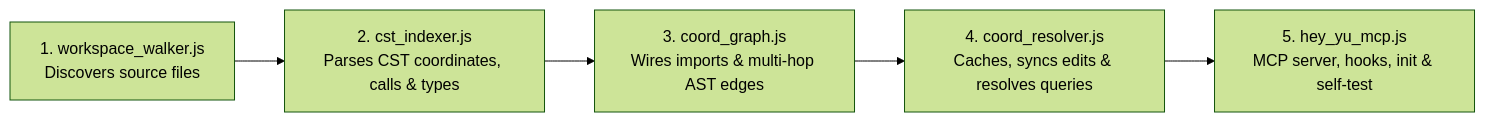
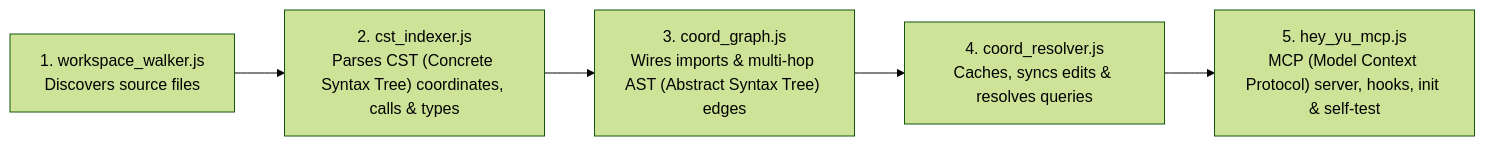
The second of 2 diagrams in README.md (yuyurooms/hey-yu), drawn with Mermaid (forest theme) before and after one commit. The commit also changed other lines of this file and 7 other files, not shown here.

````diff
--- a/README.md
+++ b/README.md
@@ -218,7 +234,7 @@
 ```mermaid
 flowchart LR
-    M1["1. workspace_walker.js<br/>Discovers source files"] --> M2["2. cst_indexer.js<br/>Parses CST coordinates, calls & types"]
-    M2 --> M3["3. coord_graph.js<br/>Wires imports & multi-hop AST edges"]
+    M1["1. workspace_walker.js<br/>Discovers source files"] --> M2["2. cst_indexer.js<br/>Parses CST (Concrete Syntax Tree) coordinates, calls & types"]
+    M2 --> M3["3. coord_graph.js<br/>Wires imports & multi-hop AST (Abstract Syntax Tree) edges"]
     M3 --> M4["4. coord_resolver.js<br/>Caches, syncs edits & resolves queries"]
-    M4 --> M5["5. hey_yu_mcp.js<br/>MCP server, hooks, init & self-test"]
+    M4 --> M5["5. hey_yu_mcp.js<br/>MCP (Model Context Protocol) server, hooks, init & self-test"]
 ```
````
